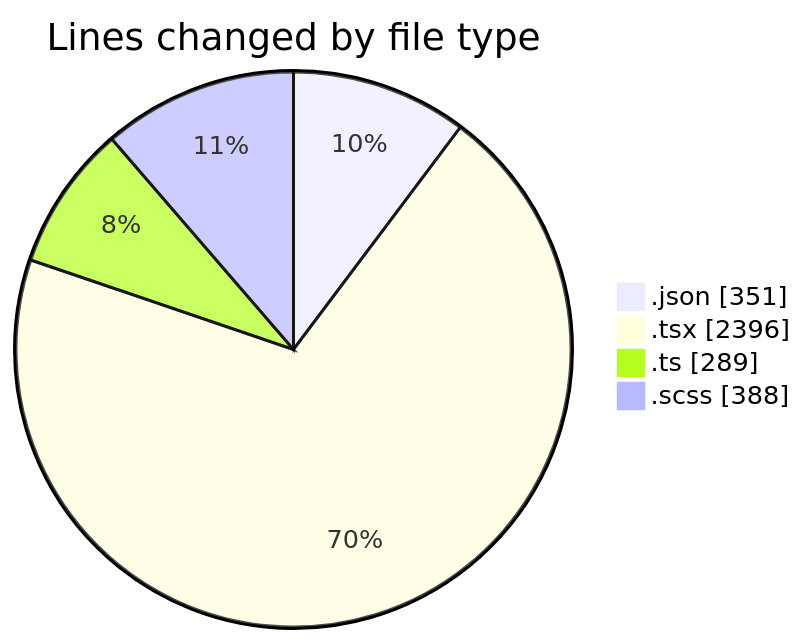
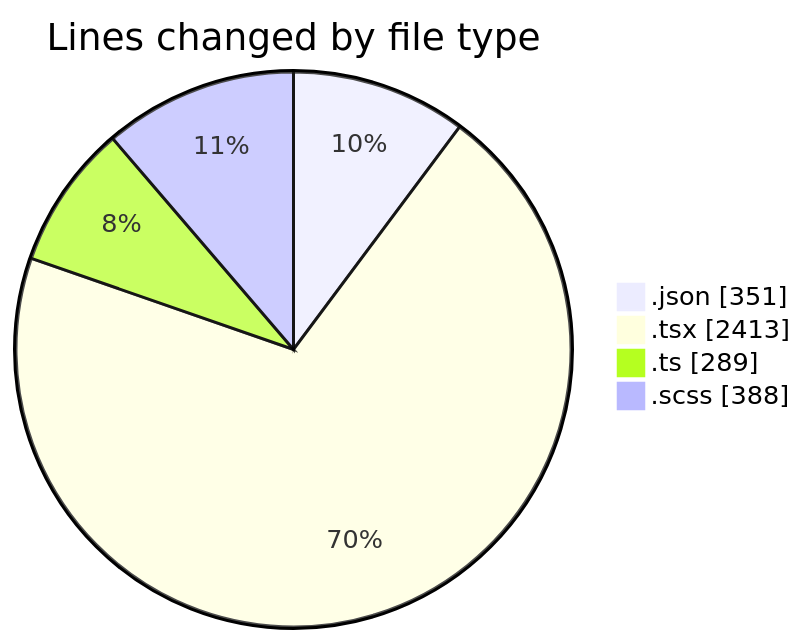
One commit to momahboobian/code-tracking changed the first of 2 diagrams in 2026-04-22/cda/README.md. Above: the diagram before and after it, drawn with Mermaid. The commit also changed other lines of this file and 1 other file, not shown here.

````diff
--- a/2026-04-22/cda/README.md
+++ b/2026-04-22/cda/README.md
@@ -45,8 +46,8 @@
 ```mermaid
 pie showData
 title Lines changed by file type
 ".json" : 351
-".tsx" : 2396
+".tsx" : 2413
 ".ts" : 289
 ".scss" : 388
 ```
````
